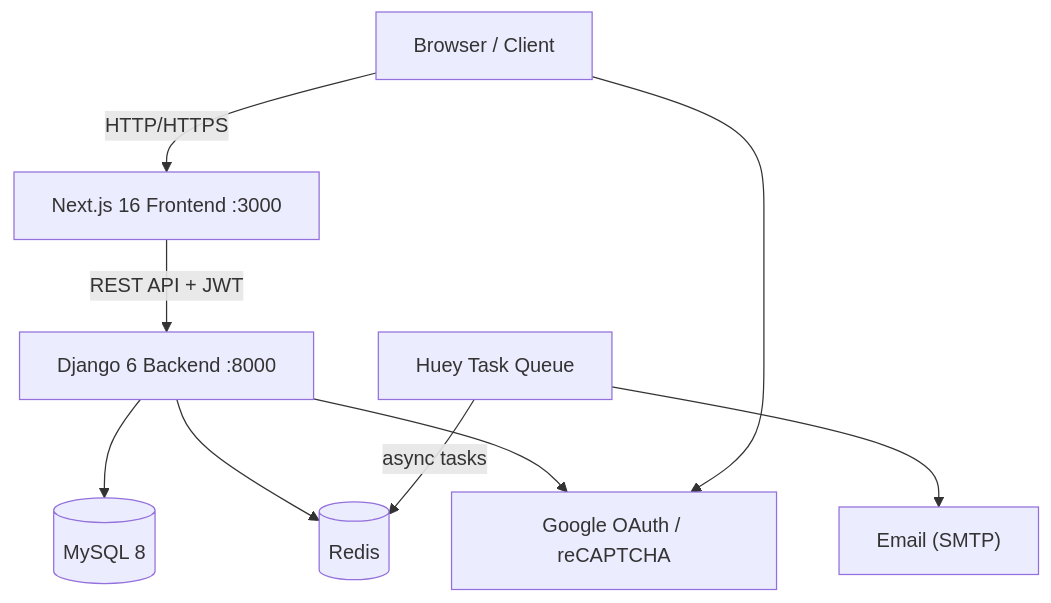
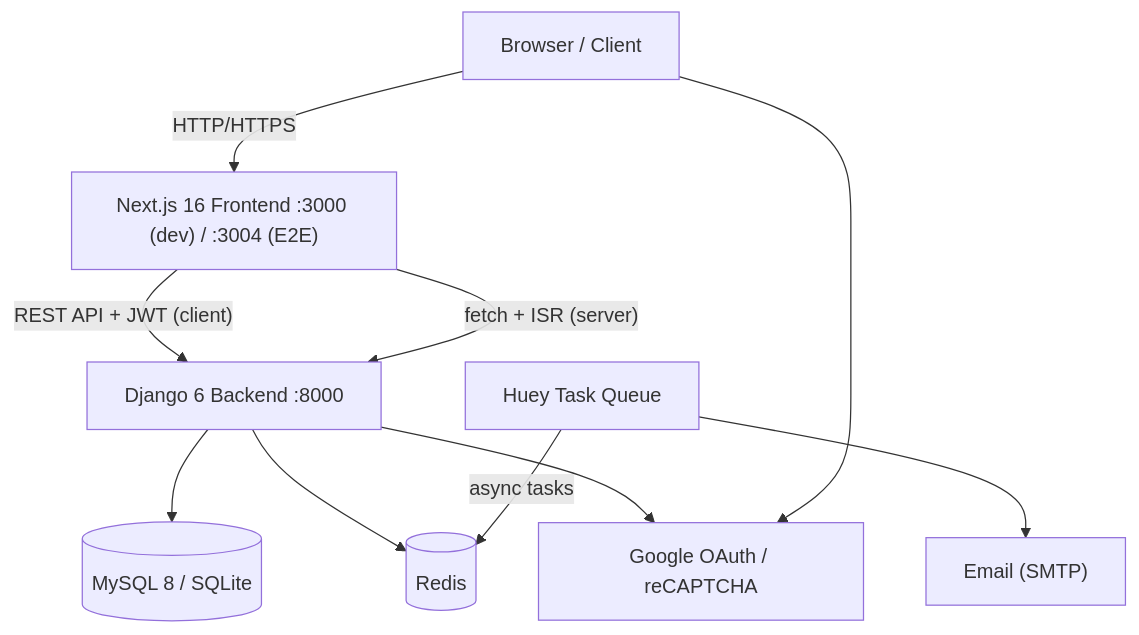
The first of 8 diagrams in docs/methodology/architecture.md (gustavop-dev/xpandia_project), drawn with Mermaid before and after one commit. The commit also changed other lines of this file and 53 other files, not shown here.

Commit message:
FEAT: add blog module with Django backend, Next.js pages, bilingual support and E2E tests

````diff
--- a/docs/methodology/architecture.md
+++ b/docs/methodology/architecture.md
@@ -10,20 +12,21 @@
 ```mermaid
 graph TD
     Browser["Browser / Client"]
-    Next["Next.js 16 Frontend :3000"]
+    Next["Next.js 16 Frontend :3000 (dev) / :3004 (E2E)"]
     Django["Django 6 Backend :8000"]
-    MySQL[("MySQL 8")]
+    DB[("MySQL 8 / SQLite")]
     Redis[("Redis")]
     Huey["Huey Task Queue"]
     Email["Email (SMTP)"]
     Google["Google OAuth / reCAPTCHA"]
 
     Browser -->|"HTTP/HTTPS"| Next
-    Next -->|"REST API + JWT"| Django
-    Django --> MySQL
+    Next -->|"REST API + JWT (client)"| Django
+    Next -->|"fetch + ISR (server)"| Django
+    Django --> DB
     Django --> Redis
     Huey -->|"async tasks"| Redis
     Huey --> Email
     Django --> Google
     Browser --> Google
 ```
````
